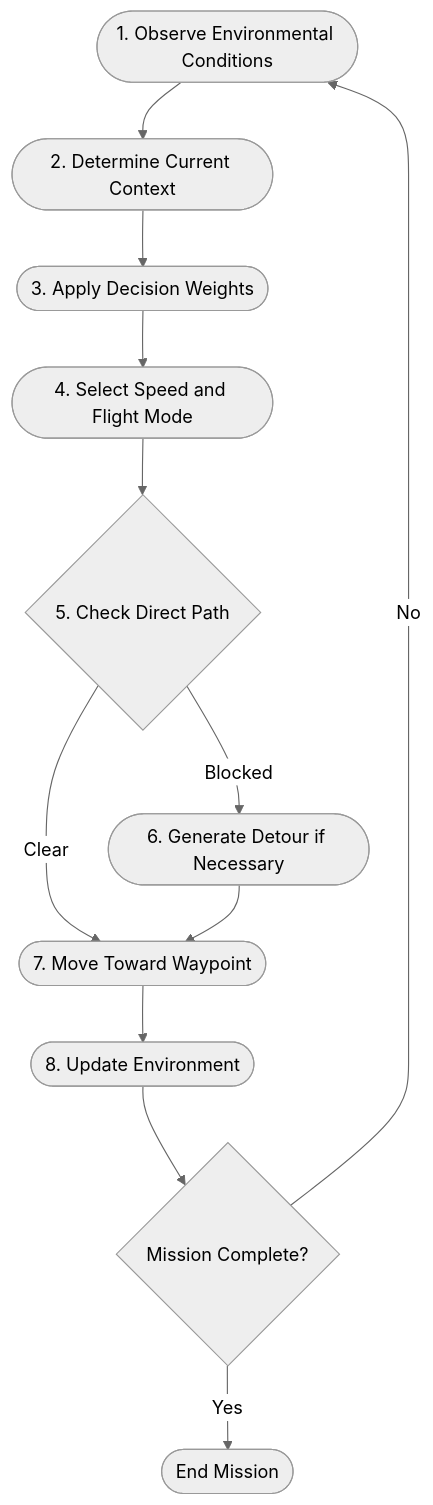
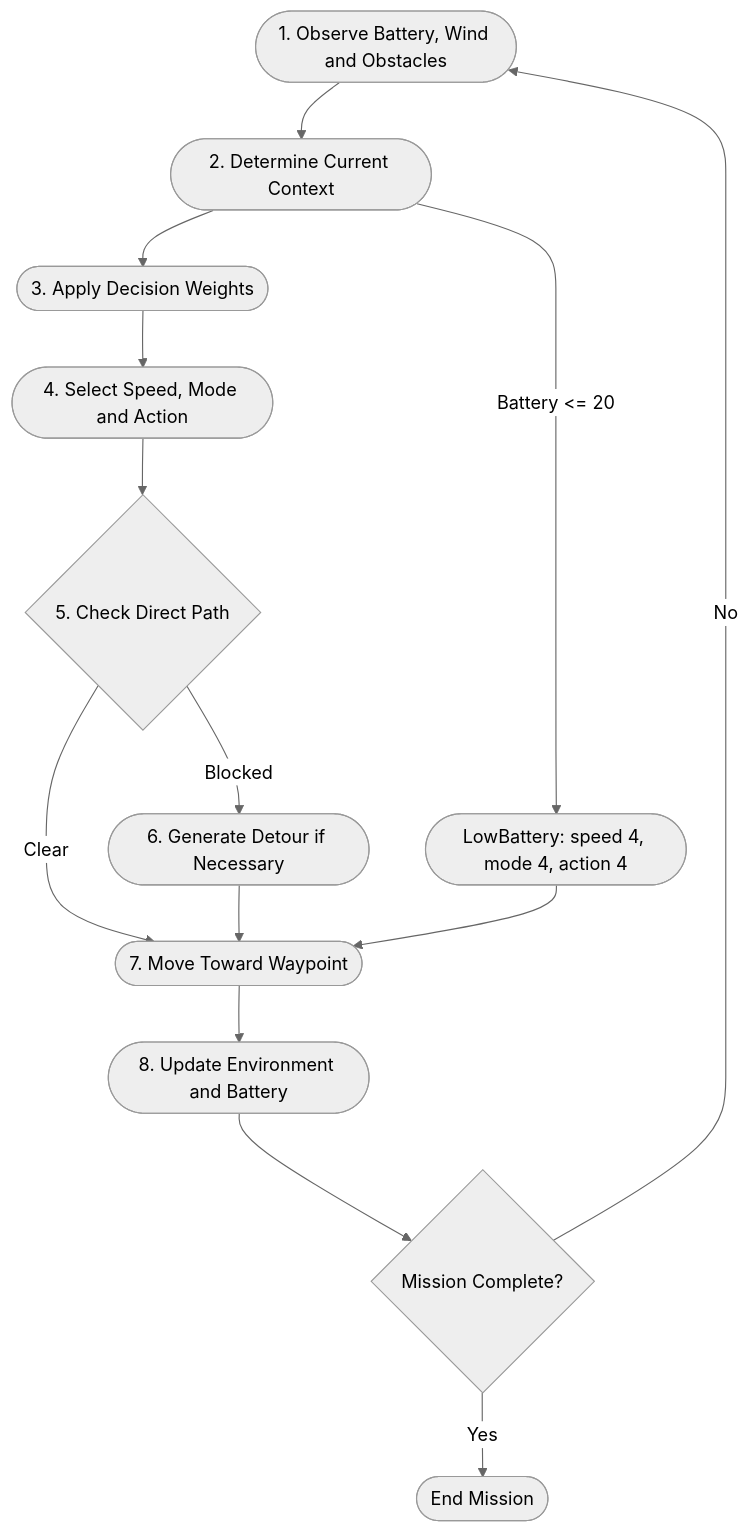
Before and after one commit to varunnn888/Drones_S5_CD11_Adaptive_Context_Aware_Decision: the fourth of 6 diagrams in Matlab+ Simulink/README.md, drawn with Mermaid (neutral theme). The commit also changed other lines of this file, not shown here.

`````diff
--- a/Matlab+ Simulink/README.md
+++ b/Matlab+ Simulink/README.md
@@ -278,20 +307,23 @@
 ````mermaid
 flowchart TD
-    A([1. Observe Environmental Conditions])
+    A([1. Observe Battery, Wind and Obstacles])
     B([2. Determine Current Context])
     C([3. Apply Decision Weights])
-    D([4. Select Speed and Flight Mode])
+    D([4. Select Speed, Mode and Action])
     E{5. Check Direct Path}
     F([6. Generate Detour if Necessary])
     G([7. Move Toward Waypoint])
-    H([8. Update Environment])
+    H([8. Update Environment and Battery])
     I{Mission Complete?}
     J([End Mission])
+    K([LowBattery: speed 4, mode 4, action 4])
 
     A --> B --> C --> D --> E
     E -- Clear --> G
     E -- Blocked --> F --> G
     G --> H --> I
     I -- No --> A
     I -- Yes --> J
+    B -->|Battery <= 20| K
+    K --> G
 ````
`````
